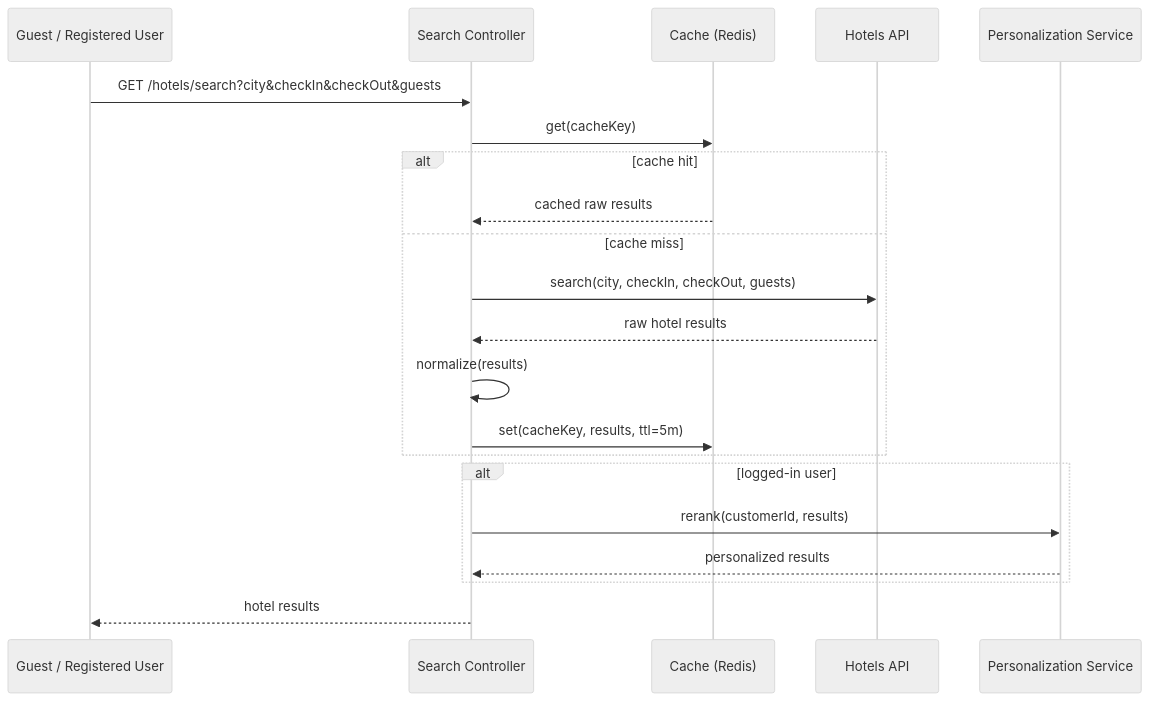
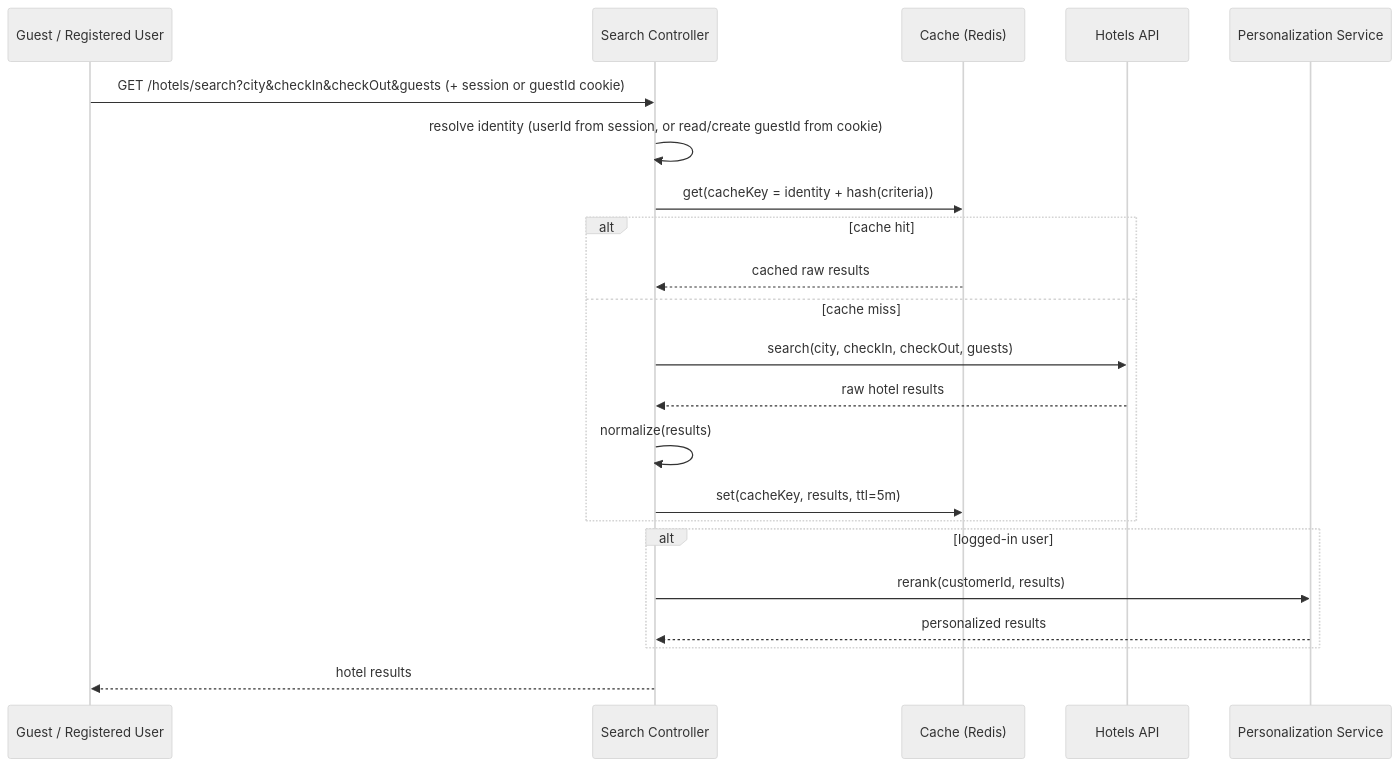
Before and after one commit to Backend-Mentor-ORG/booking: the second of 3 diagrams in diagrams/UC-01-search-hotels.md, drawn with Mermaid (neutral theme). The commit also changed other lines of this file and 5 other files, not shown here.

First line of the commit message:
Sync UC diagrams with the compound cache key and travellers JSONB decisions

````diff
--- a/diagrams/UC-01-search-hotels.md
+++ b/diagrams/UC-01-search-hotels.md
@@ -27,24 +31,25 @@
 ```mermaid
 sequenceDiagram
   participant U as Guest / Registered User
   participant API as Search Controller
   participant Cache as Cache (Redis)
   participant Ext as Hotels API
   participant P as Personalization Service
 
-  U->>API: GET /hotels/search?city&checkIn&checkOut&guests
-  API->>Cache: get(cacheKey)
+  U->>API: GET /hotels/search?city&checkIn&checkOut&guests (+ session or guestId cookie)
+  API->>API: resolve identity (userId from session, or read/create guestId from cookie)
+  API->>Cache: get(cacheKey = identity + hash(criteria))
   alt cache hit
     Cache-->>API: cached raw results
   else cache miss
     API->>Ext: search(city, checkIn, checkOut, guests)
     Ext-->>API: raw hotel results
     API->>API: normalize(results)
     API->>Cache: set(cacheKey, results, ttl=5m)
   end
   alt logged-in user
     API->>P: rerank(customerId, results)
     P-->>API: personalized results
   end
   API-->>U: hotel results
 ```
````
